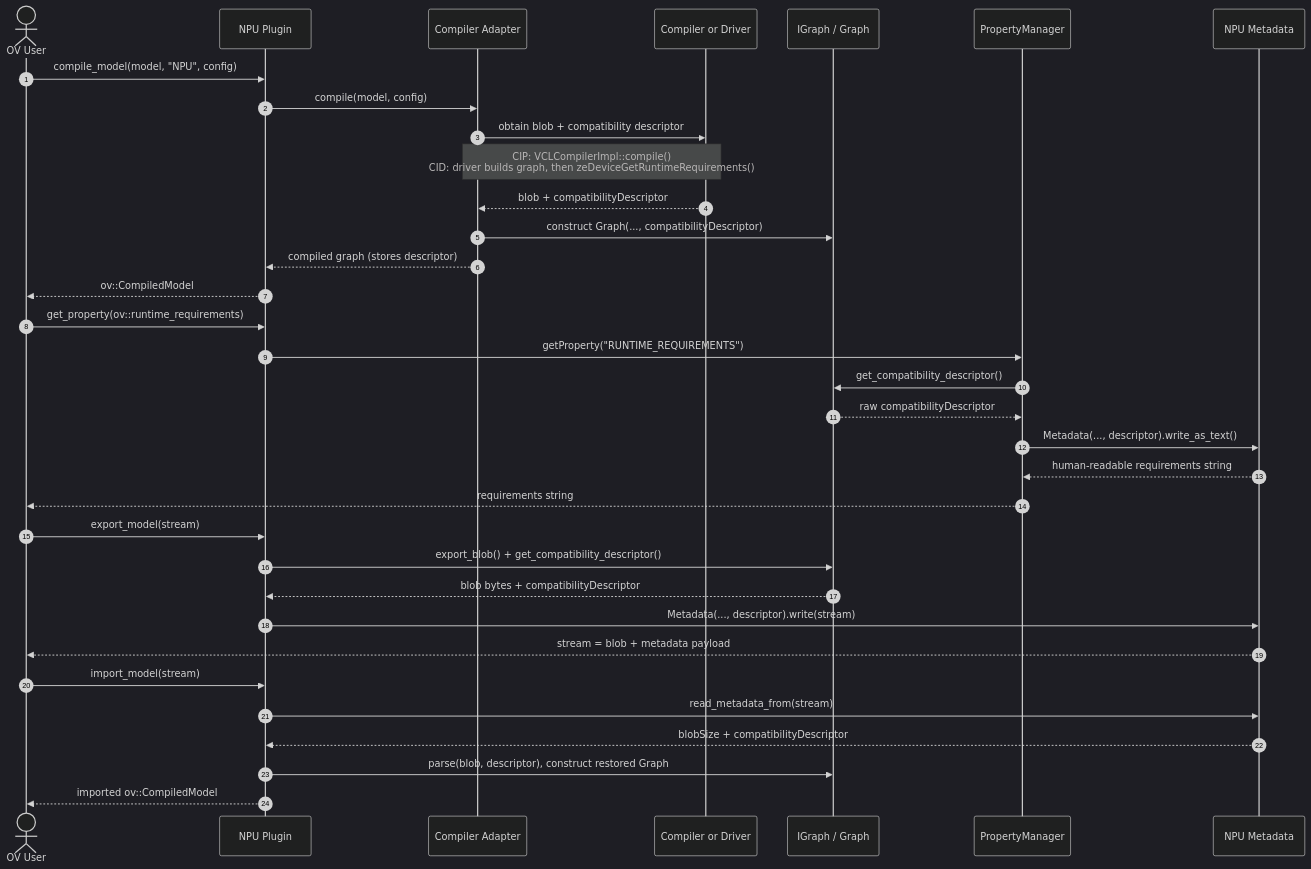
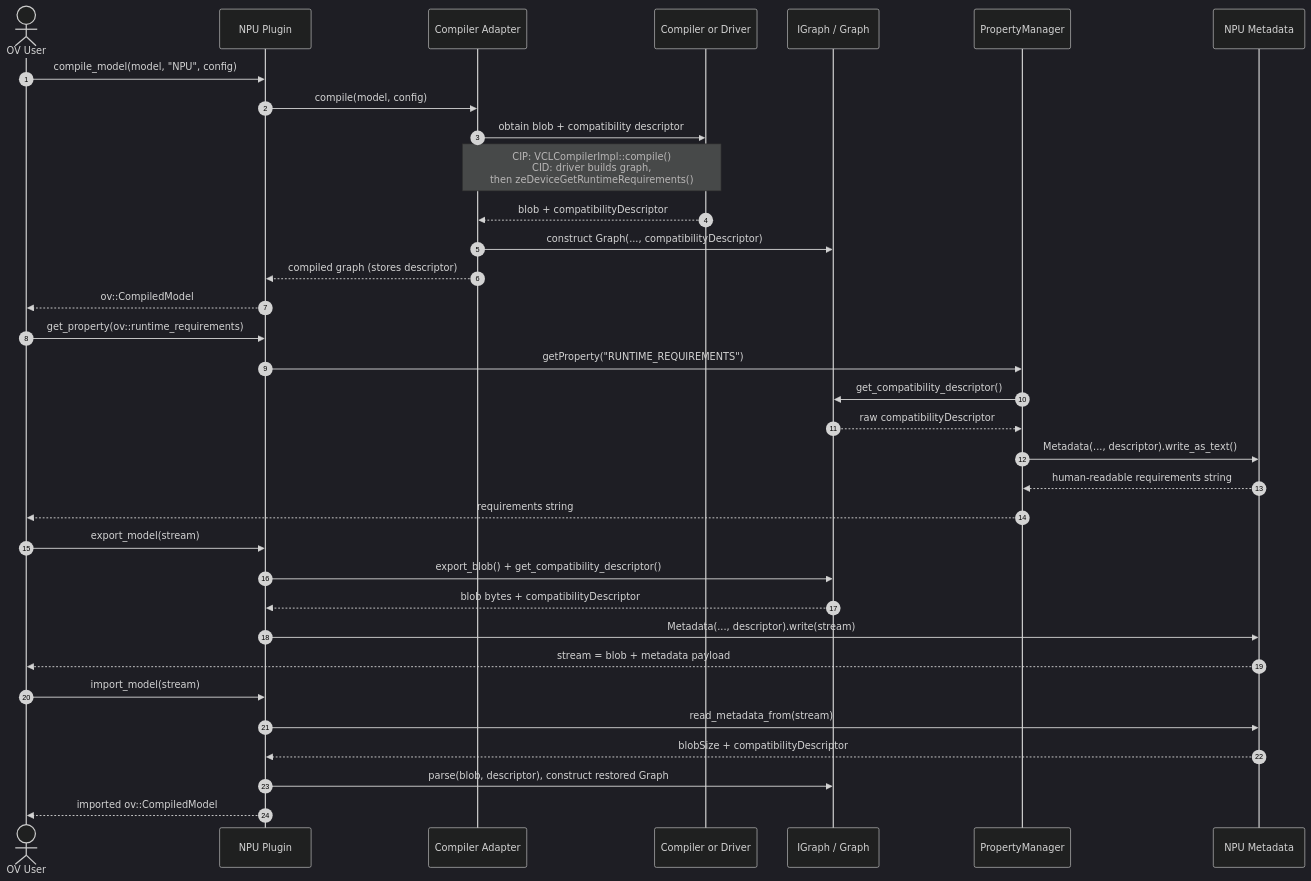
One commit to openvinotoolkit/openvino changed the diagram in src/plugins/intel_npu/docs/runtime-requirements.md. Above: the diagram before and after it, drawn with Mermaid (dark theme).

Commit message:
Fix out of bounds text from CIP/CID diagram box

````diff
--- a/src/plugins/intel_npu/docs/runtime-requirements.md
+++ b/src/plugins/intel_npu/docs/runtime-requirements.md
@@ -19,40 +19,40 @@
 ```mermaid
 sequenceDiagram
     autonumber
     actor User as OV User
     participant Plugin as NPU Plugin
     participant Adapter as Compiler Adapter
     participant Compiler as Compiler or Driver
     participant Graph as IGraph / Graph
     participant PM as PropertyManager
     participant Meta as NPU Metadata
 
     User->>Plugin: compile_model(model, "NPU", config)
     Plugin->>Adapter: compile(model, config)
     Adapter->>Compiler: obtain blob + compatibility descriptor
-    Note over Adapter,Compiler: CIP: VCLCompilerImpl::compile()<br/>CID: driver builds graph, then zeDeviceGetRuntimeRequirements()
+    Note over Adapter,Compiler: CIP: VCLCompilerImpl::compile()<br/>CID: driver builds graph,<br/> then zeDeviceGetRuntimeRequirements()
     Compiler-->>Adapter: blob + compatibilityDescriptor
     Adapter->>Graph: construct Graph(..., compatibilityDescriptor)
     Adapter-->>Plugin: compiled graph (stores descriptor)
     Plugin-->>User: ov::CompiledModel
 
     User->>Plugin: get_property(ov::runtime_requirements)
     Plugin->>PM: getProperty("RUNTIME_REQUIREMENTS")
     PM->>Graph: get_compatibility_descriptor()
     Graph-->>PM: raw compatibilityDescriptor
     PM->>Meta: Metadata(..., descriptor).write_as_text()
     Meta-->>PM: human-readable requirements string
     PM-->>User: requirements string
 
     User->>Plugin: export_model(stream)
     Plugin->>Graph: export_blob() + get_compatibility_descriptor()
     Graph-->>Plugin: blob bytes + compatibilityDescriptor
     Plugin->>Meta: Metadata(..., descriptor).write(stream)
     Meta-->>User: stream = blob + metadata payload
 
     User->>Plugin: import_model(stream)
     Plugin->>Meta: read_metadata_from(stream)
     Meta-->>Plugin: blobSize + compatibilityDescriptor
     Plugin->>Graph: parse(blob, descriptor), construct restored Graph
     Plugin-->>User: imported ov::CompiledModel
 ```
````
